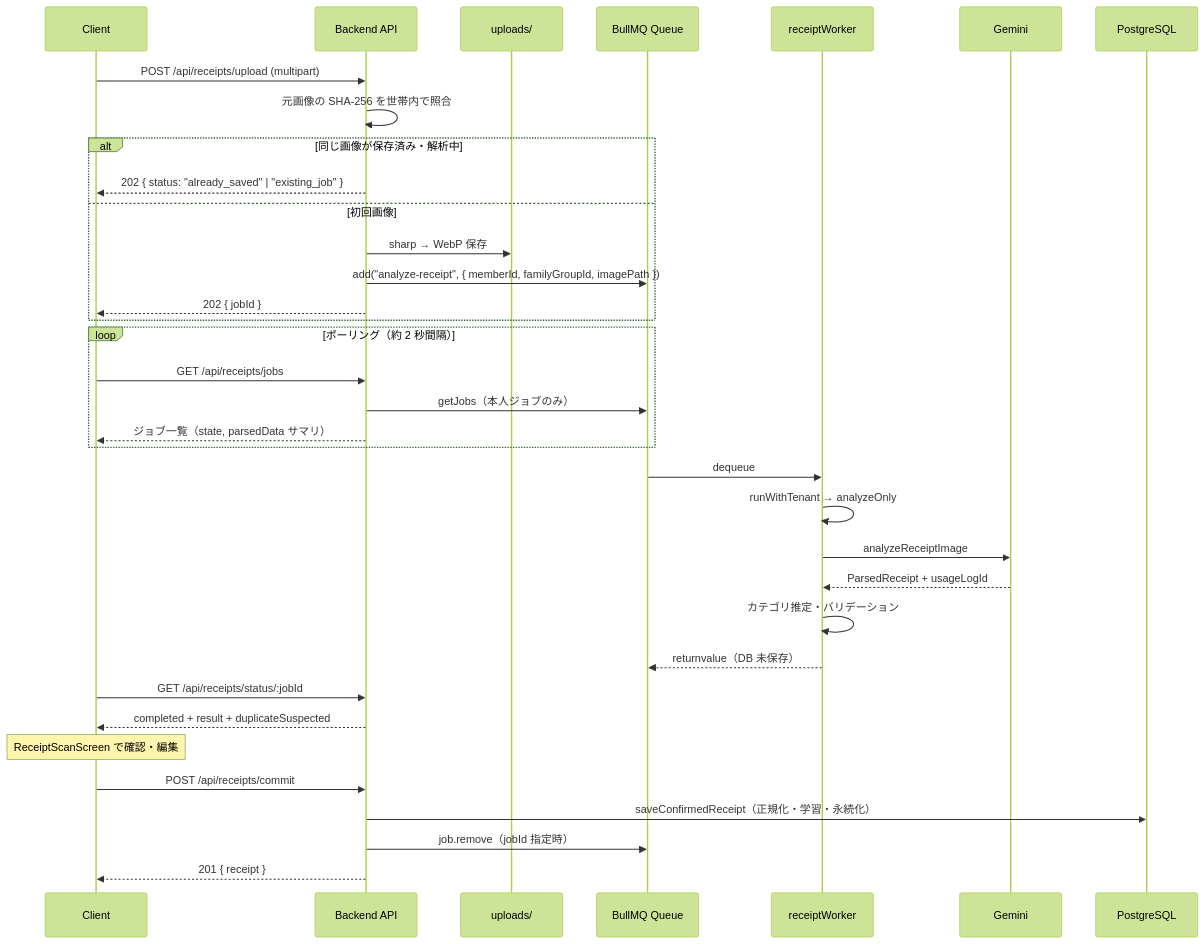
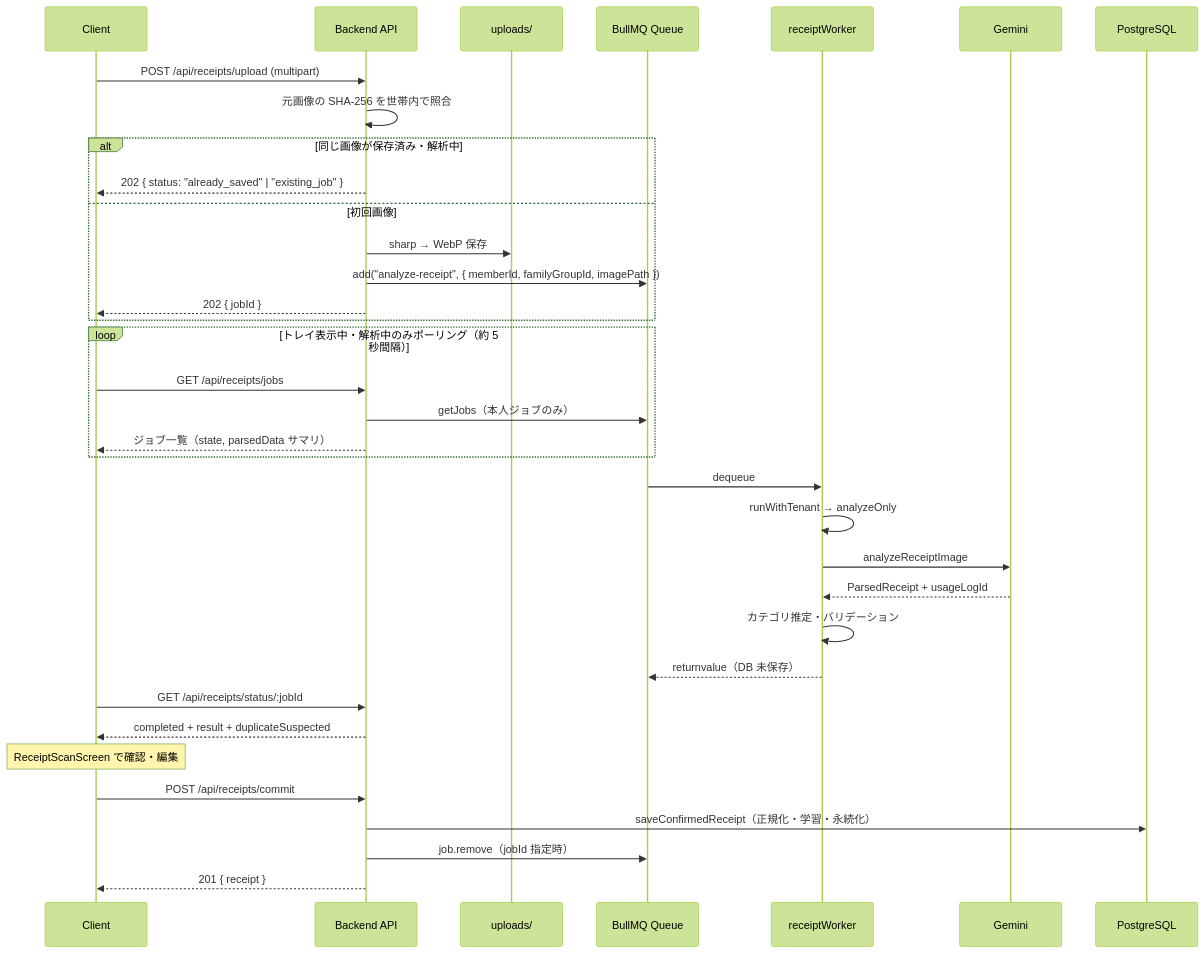
One commit to yama180sx/receipt-ai-app changed the second of 3 diagrams in docs/design/ai-pipeline.md. Above: the diagram before and after it, drawn with Mermaid (forest theme). The commit also changed other lines of this file and 21 other files, not shown here.

````diff
--- a/docs/design/ai-pipeline.md
+++ b/docs/design/ai-pipeline.md
@@ -164,43 +164,43 @@
 ```mermaid
 sequenceDiagram
     participant C as Client
     participant API as Backend API
     participant FS as uploads/
     participant Q as BullMQ Queue
     participant W as receiptWorker
     participant G as Gemini
     participant DB as PostgreSQL
 
     C->>API: POST /api/receipts/upload (multipart)
     API->>API: 元画像の SHA-256 を世帯内で照合
     alt 同じ画像が保存済み・解析中
         API-->>C: 202 { status: "already_saved" | "existing_job" }
     else 初回画像
         API->>FS: sharp → WebP 保存
     API->>Q: add("analyze-receipt", { memberId, familyGroupId, imagePath })
     API-->>C: 202 { jobId }
     end
 
-    loop ポーリング（約 2 秒間隔）
+    loop トレイ表示中・解析中のみポーリング（約 5 秒間隔）
         C->>API: GET /api/receipts/jobs
         API->>Q: getJobs（本人ジョブのみ）
         API-->>C: ジョブ一覧（state, parsedData サマリ）
     end
 
     Q->>W: dequeue
     W->>W: runWithTenant → analyzeOnly
     W->>G: analyzeReceiptImage
     G-->>W: ParsedReceipt + usageLogId
     W->>W: カテゴリ推定・バリデーション
     W-->>Q: returnvalue（DB 未保存）
 
     C->>API: GET /api/receipts/status/:jobId
     API-->>C: completed + result + duplicateSuspected
 
     Note over C: ReceiptScanScreen で確認・編集
 
     C->>API: POST /api/receipts/commit
     API->>DB: saveConfirmedReceipt（正規化・学習・永続化）
     API->>Q: job.remove（jobId 指定時）
     API-->>C: 201 { receipt }
 ```
````
